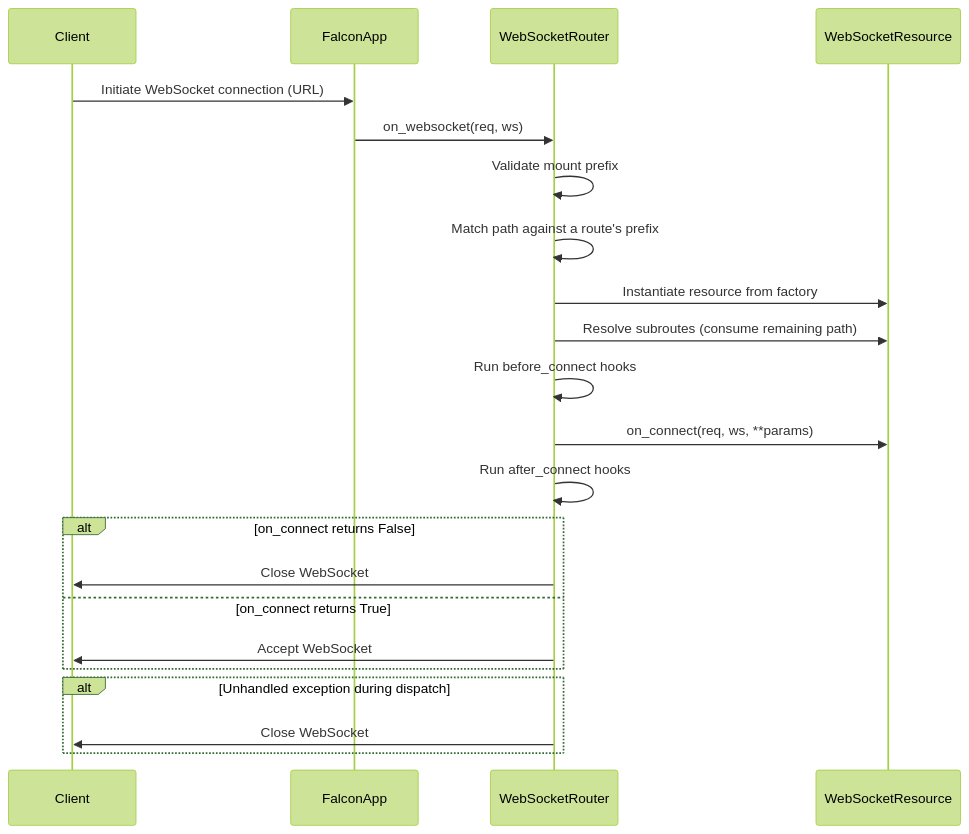
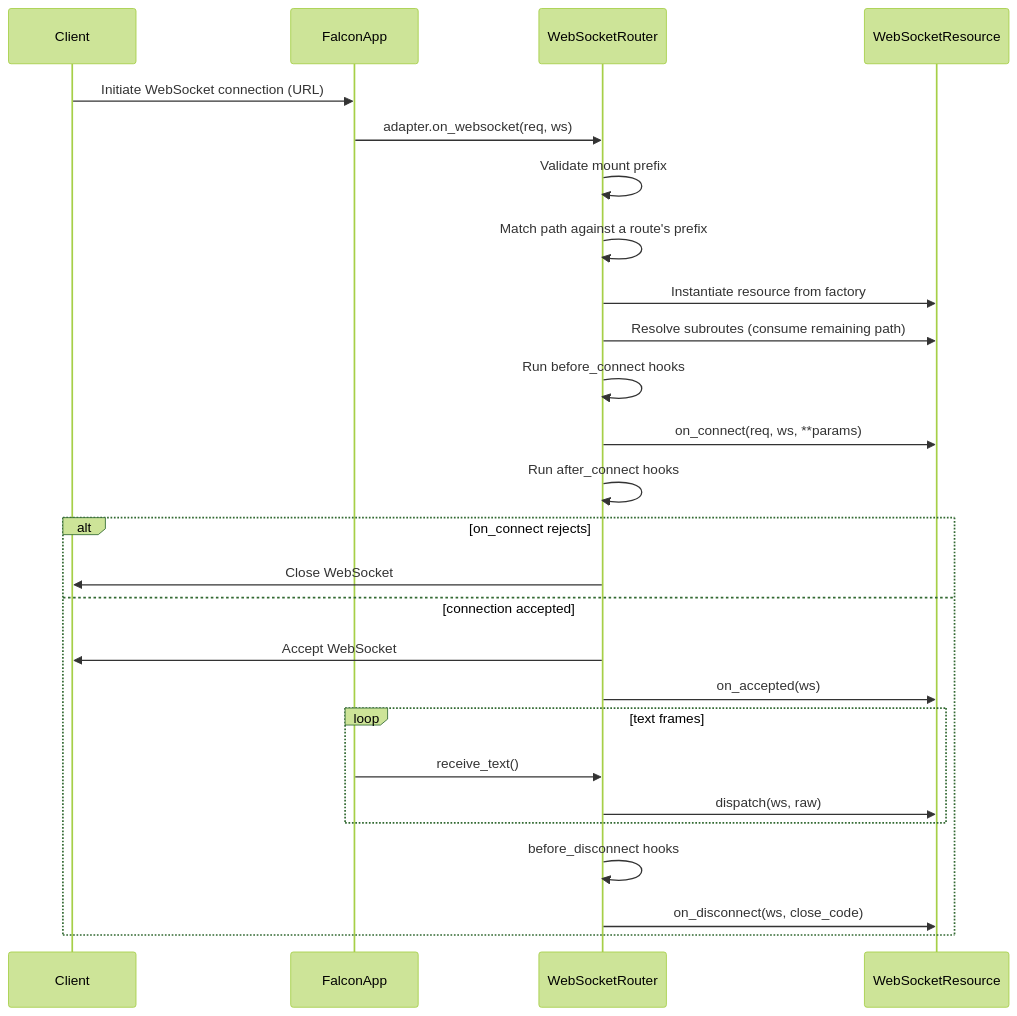
The fourth of 13 diagrams in docs/falcon-websocket-extension-design.md (leynos/falcon-pachinko), drawn with Mermaid (forest theme) before and after one commit. The commit also changed other lines of this file and 5 other files, not shown here.

````diff
--- a/docs/falcon-websocket-extension-design.md
+++ b/docs/falcon-websocket-extension-design.md
@@ -1044,25 +1045,29 @@
 ```mermaid
 sequenceDiagram
     participant Client
     participant FalconApp
     participant WebSocketRouter
     participant WebSocketResource
 
     Client->>FalconApp: Initiate WebSocket connection (URL)
-    FalconApp->>WebSocketRouter: on_websocket(req, ws)
+    FalconApp->>WebSocketRouter: adapter.on_websocket(req, ws)
     WebSocketRouter->>WebSocketRouter: Validate mount prefix
     WebSocketRouter->>WebSocketRouter: Match path against a route's prefix
     WebSocketRouter->>WebSocketResource: Instantiate resource from factory
     WebSocketRouter->>WebSocketResource: Resolve subroutes (consume remaining path)
     WebSocketRouter->>WebSocketRouter: Run before_connect hooks
     WebSocketRouter->>WebSocketResource: on_connect(req, ws, **params)
     WebSocketRouter->>WebSocketRouter: Run after_connect hooks
-    alt on_connect returns False
+    alt on_connect rejects
         WebSocketRouter->>Client: Close WebSocket
-    else on_connect returns True
+    else connection accepted
         WebSocketRouter->>Client: Accept WebSocket
-    end
-    alt Unhandled exception during dispatch
-        WebSocketRouter->>Client: Close WebSocket
+        WebSocketRouter->>WebSocketResource: on_accepted(ws)
+        loop text frames
+            FalconApp->>WebSocketRouter: receive_text()
+            WebSocketRouter->>WebSocketResource: dispatch(ws, raw)
+        end
+        WebSocketRouter->>WebSocketRouter: before_disconnect hooks
+        WebSocketRouter->>WebSocketResource: on_disconnect(ws, close_code)
     end
 ```
````
